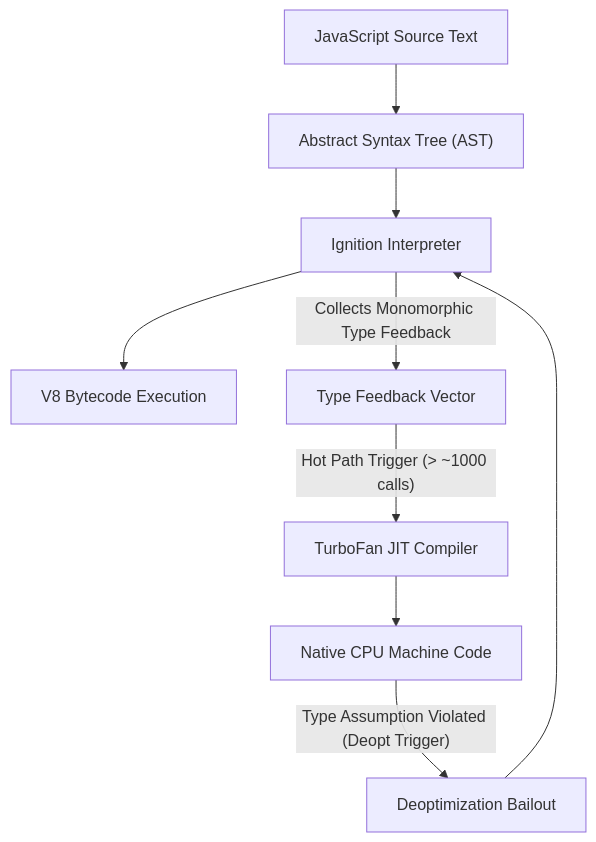
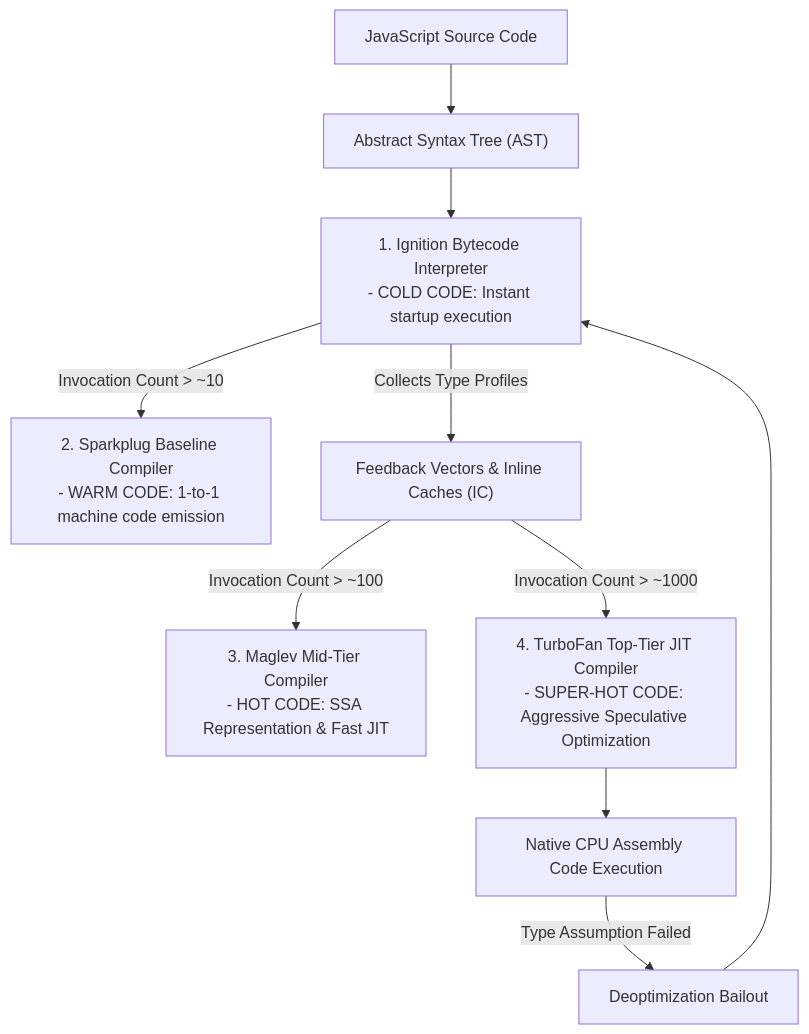
Before and after one commit to Amie-dev/engineering-playbook: the first of 3 diagrams in js-internals/11-jit-optimization.md, drawn with Mermaid. The commit also changed other lines of this file and 17 other files, not shown here.

````diff
--- a/js-internals/11-jit-optimization.md
+++ b/js-internals/11-jit-optimization.md
@@ -10,13 +17,18 @@
 ```mermaid
 flowchart TD
-    Source["JavaScript Source Text"] --> AST["Abstract Syntax Tree (AST)"]
-    AST --> Ignition["Ignition Interpreter"]
-    Ignition --> Bytecode["V8 Bytecode Execution"]
+    Source["JavaScript Source Code"] --> AST["Abstract Syntax Tree (AST)"]
+    AST --> Ignition["1. Ignition Bytecode Interpreter<br/>- COLD CODE: Instant startup execution"]
     
-    Ignition -- "Collects Monomorphic Type Feedback" --> FeedbackVector["Type Feedback Vector"]
-    FeedbackVector -- "Hot Path Trigger (> ~1000 calls)" --> TurboFan["TurboFan JIT Compiler"]
-    TurboFan --> MachineCode["Native CPU Machine Code"]
+    Ignition -- "Invocation Count > ~10" --> Sparkplug["2. Sparkplug Baseline Compiler<br/>- WARM CODE: 1-to-1 machine code emission"]
     
-    MachineCode -- "Type Assumption Violated (Deopt Trigger)" --> Deopt["Deoptimization Bailout"]
-    Deopt --> Ignition
+    Ignition -- "Collects Type Profiles" --> FeedbackVector["Feedback Vectors & Inline Caches (IC)"]
+    
+    FeedbackVector -- "Invocation Count > ~100" --> Maglev["3. Maglev Mid-Tier Compiler<br/>- HOT CODE: SSA Representation & Fast JIT"]
+    
+    FeedbackVector -- "Invocation Count > ~1000" --> TurboFan["4. TurboFan Top-Tier JIT Compiler<br/>- SUPER-HOT CODE: Aggressive Speculative Optimization"]
+    
+    TurboFan --> NativeCPU["Native CPU Assembly Code Execution"]
+    
+    NativeCPU -- "Type Assumption Failed" --> DeoptBailout["Deoptimization Bailout"]
+    DeoptBailout --> Ignition
 ```
````
